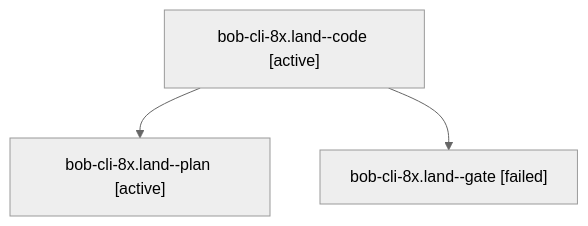
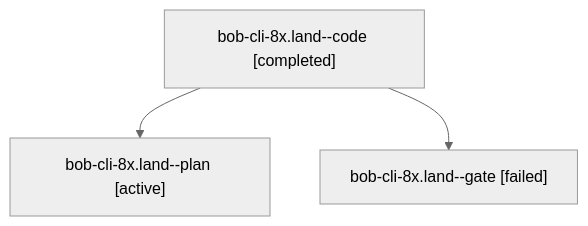
One commit to bobs-org/bob-cli--agents changed the diagram in sessions/bbugyi200.athena.bob-cli-8x.land.md. Above: the diagram before and after it, drawn with Mermaid (neutral theme). The commit also changed other lines of this file and 28 other files, not shown here.

````diff
--- a/sessions/bbugyi200.athena.bob-cli-8x.land.md
+++ b/sessions/bbugyi200.athena.bob-cli-8x.land.md
@@ -9,8 +9,8 @@
 ```mermaid
 flowchart TD
-  n0["bob-cli-8x.land--code [active]"]
+  n0["bob-cli-8x.land--code [completed]"]
   n1["bob-cli-8x.land--plan [active]"]
   n0 --> n1
   n2["bob-cli-8x.land--gate [failed]"]
   n0 --> n2
 ```
````
